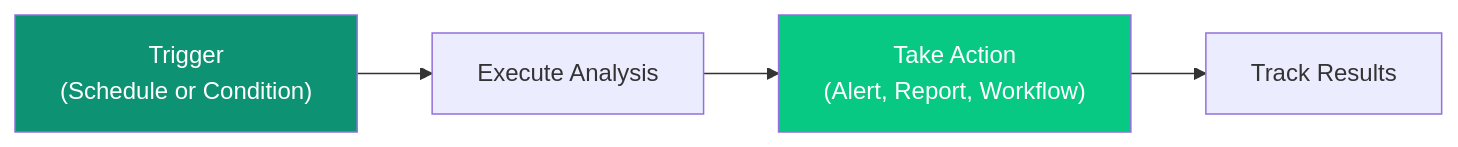
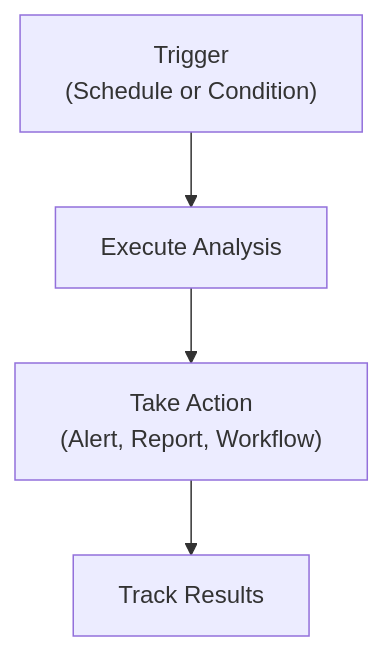
Before and after one commit to ashishsuperatom/tech-docs: the diagram in platform/actions.mdx, drawn with Mermaid. The commit also changed other lines of this file and 37 other files, not shown here.

First line of the commit message:
Clean up docs: remove em-dashes, fix mermaid diagrams, remove emojis

````diff
--- a/platform/actions.mdx
+++ b/platform/actions.mdx
@@ -17,9 +17,7 @@
 ```mermaid
-flowchart LR
+flowchart TD
     TRIGGER["Trigger<br>(Schedule or Condition)"] --> EXECUTE["Execute Analysis"]
     EXECUTE --> ACTION["Take Action<br>(Alert, Report, Workflow)"]
     ACTION --> TRACK["Track Results"]
 
-    style TRIGGER fill:#0D9373,color:#fff
-    style ACTION fill:#07C983,color:#fff
 ```
````
